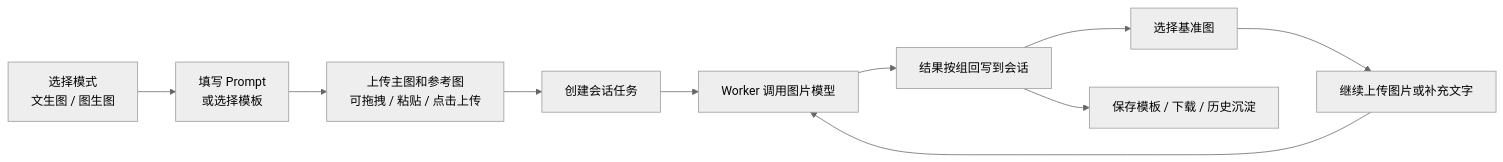
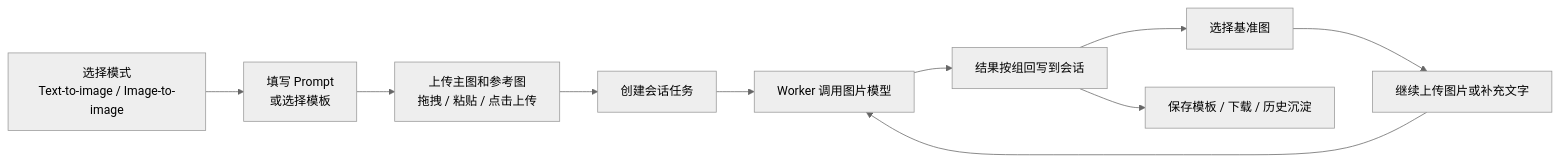
One commit to laolin5564/huajing-studio changed the diagram in README.md. Above: the diagram before and after it, drawn with Mermaid (neutral theme). The commit also changed other lines of this file and 18 other files, not shown here.

````diff
--- a/README.md
+++ b/README.md
@@ -100,12 +77,12 @@
 ```mermaid
 flowchart LR
-  A["选择模式<br/>文生图 / 图生图"] --> B["填写 Prompt<br/>或选择模板"]
-  B --> C["上传主图和参考图<br/>可拖拽 / 粘贴 / 点击上传"]
+  A["选择模式<br/>Text-to-image / Image-to-image"] --> B["填写 Prompt<br/>或选择模板"]
+  B --> C["上传主图和参考图<br/>拖拽 / 粘贴 / 点击上传"]
   C --> D["创建会话任务"]
   D --> E["Worker 调用图片模型"]
   E --> F["结果按组回写到会话"]
   F --> G["选择基准图"]
   G --> H["继续上传图片或补充文字"]
   H --> E
   F --> I["保存模板 / 下载 / 历史沉淀"]
 ```
````
